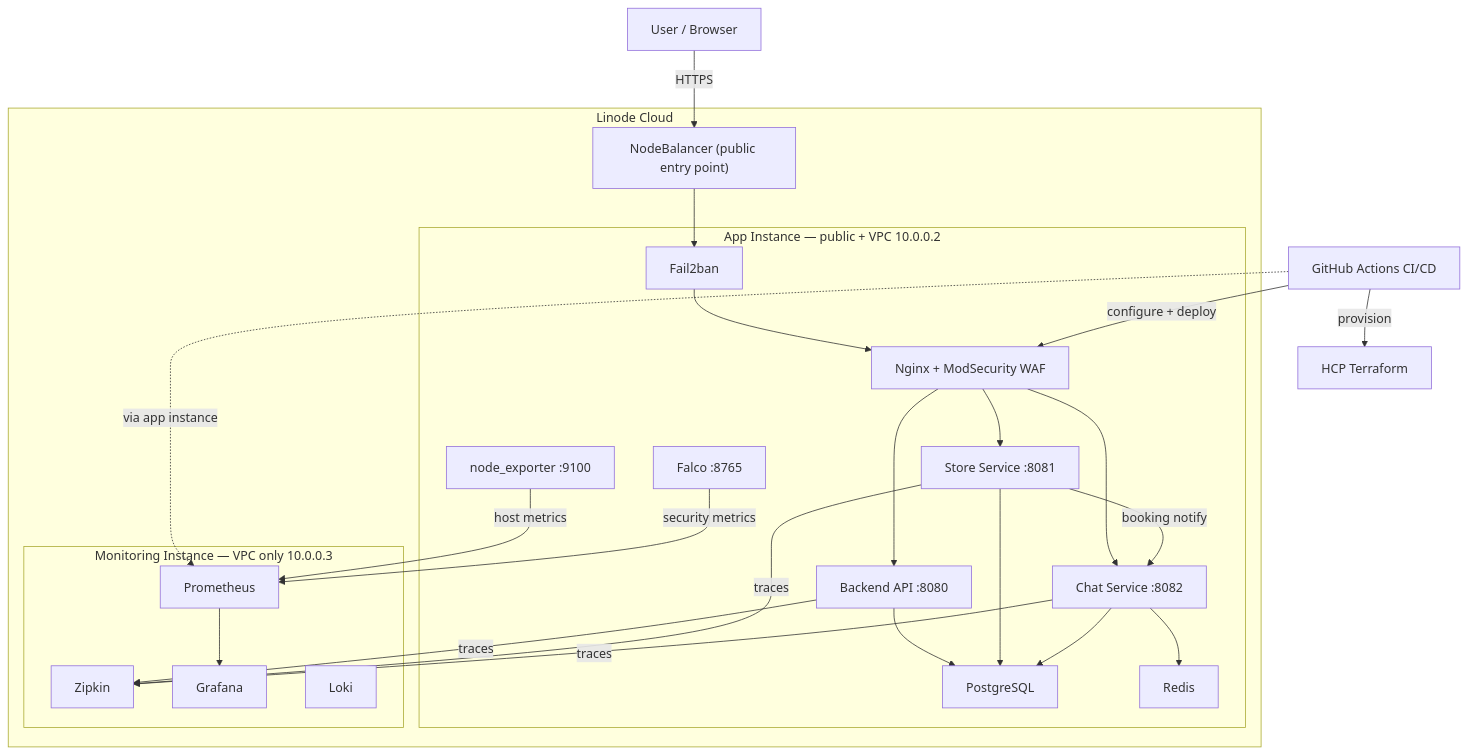
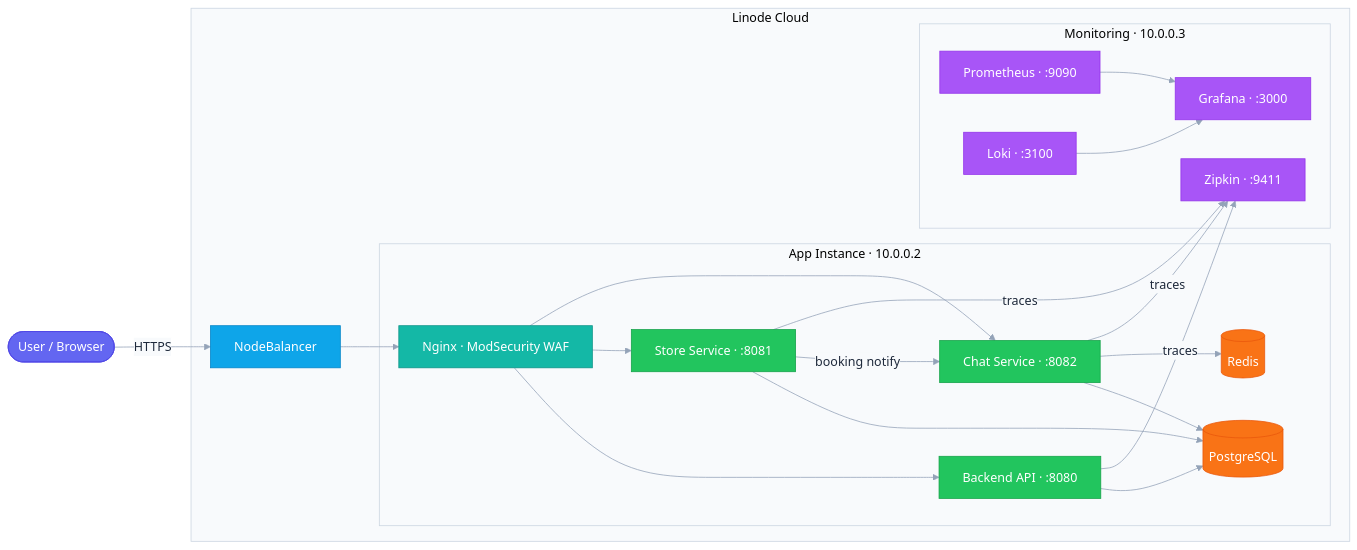
One commit to kennethatria/myGuy changed the first of 2 diagrams in README.md. Above: the diagram before and after it, drawn with Mermaid. The commit also changed other lines of this file, not shown here.

Commit message:
docs: spliting app and infra diagrams

````diff
--- a/README.md
+++ b/README.md
@@ -13,50 +15,49 @@
 ```mermaid
-graph TB
-    User["User / Browser"]
-    GHA["GitHub Actions CI/CD"]
-    HCP["HCP Terraform"]
+%%{init: {'theme': 'base', 'themeVariables': {'primaryColor': '#ffffff', 'primaryBorderColor': '#cbd5e1', 'primaryTextColor': '#1e293b', 'clusterBkg': '#f8fafc', 'clusterBorder': '#cbd5e1', 'edgeLabelBackground': '#f8fafc', 'lineColor': '#94a3b8'}}}%%
+
+graph LR
+    classDef external   fill:#6366f1,stroke:#4f46e5,color:#fff
+    classDef lb         fill:#0ea5e9,stroke:#0284c7,color:#fff
+    classDef gateway    fill:#14b8a6,stroke:#0d9488,color:#fff
+    classDef service    fill:#22c55e,stroke:#16a34a,color:#fff
+    classDef database   fill:#f97316,stroke:#ea580c,color:#fff
+    classDef monitoring fill:#a855f7,stroke:#9333ea,color:#fff
+
+    User(["User / Browser"]):::external
 
     subgraph Linode["Linode Cloud"]
-        NB["NodeBalancer (public entry point)"]
+        NB["NodeBalancer"]:::lb
 
-        subgraph AppInstance["App Instance — public + VPC 10.0.0.2"]
-            F2B["Fail2ban"]
-            NGINX["Nginx + ModSecurity WAF"]
-            API["Backend API :8080"]
-            STORE["Store Service :8081"]
-            CHAT["Chat Service :8082"]
-            PG["PostgreSQL"]
-            REDIS["Redis"]
-            NE["node_exporter :9100"]
-            FALCO["Falco :8765"]
+        subgraph App["App Instance · 10.0.0.2"]
+            WAF["Nginx · ModSecurity WAF"]:::gateway
+            API["Backend API · :8080"]:::service
+            STORE["Store Service · :8081"]:::service
+            CHAT["Chat Service · :8082"]:::service
+            PG[("PostgreSQL")]:::database
+            REDIS[("Redis")]:::database
         end
 
-        subgraph MonInstance["Monitoring Instance — VPC only 10.0.0.3"]
-            ZIPKIN["Zipkin"]
-            PROM["Prometheus"]
-            GRAFANA["Grafana"]
-            LOKI["Loki"]
+        subgraph Mon["Monitoring · 10.0.0.3"]
+            ZIPKIN["Zipkin · :9411"]:::monitoring
+            PROM["Prometheus · :9090"]:::monitoring
+            LOKI["Loki · :3100"]:::monitoring
+            GRAFANA["Grafana · :3000"]:::monitoring
         end
     end
 
     User -->|HTTPS| NB
-    NB --> F2B
-    F2B --> NGINX
-    NGINX --> API
-    NGINX --> STORE
-    NGINX --> CHAT
+    NB --> WAF
+    WAF --> API
+    WAF --> STORE
+    WAF --> CHAT
     API --> PG
     STORE --> PG
     CHAT --> PG
     CHAT --> REDIS
     STORE -->|booking notify| CHAT
     API -->|traces| ZIPKIN
     STORE -->|traces| ZIPKIN
     CHAT -->|traces| ZIPKIN
-    NE -->|host metrics| PROM
-    FALCO -->|security metrics| PROM
     PROM --> GRAFANA
-    GHA -->|provision| HCP
-    GHA -->|configure + deploy| NGINX
-    GHA -.->|via app instance| PROM
+    LOKI --> GRAFANA
 ```
````
